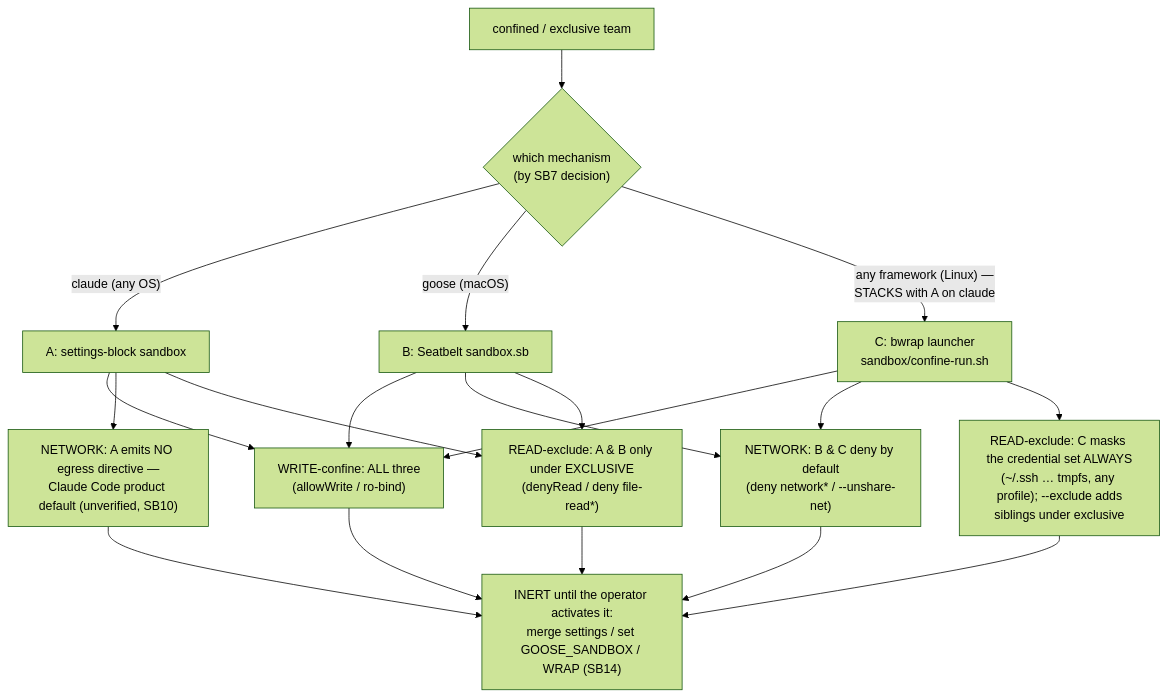
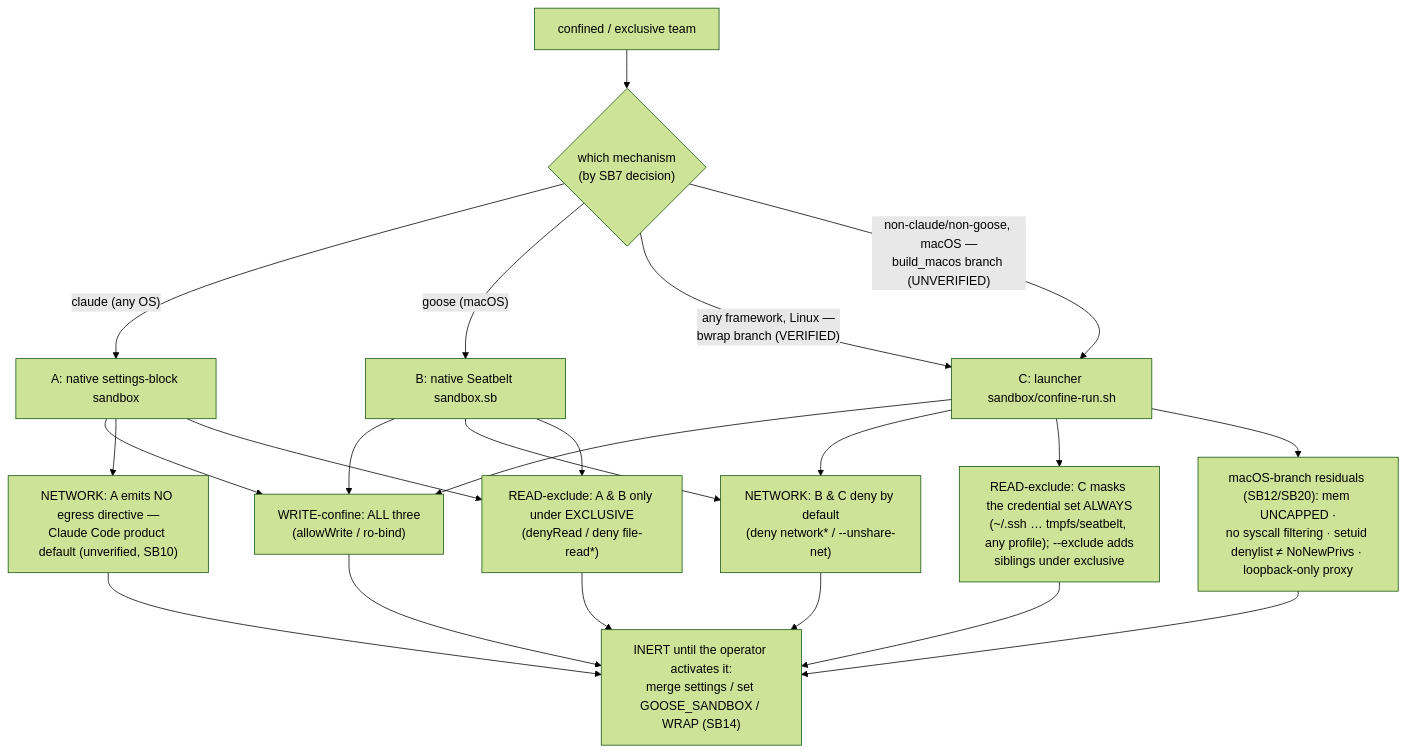
The diagram in docs_src/agentteams-sandboxing-guide/reference/part-iv-the-mechanisms.md (jlcatonjr/agentteams), drawn with Mermaid (forest theme) before and after one commit. The commit also changed other lines of this file and 16 other files, not shown here.

First line of the commit message:
docs(sandboxing): document the macOS augmentation of the confinement launcher

````diff
--- a/docs_src/agentteams-sandboxing-guide/reference/part-iv-the-mechanisms.md
+++ b/docs_src/agentteams-sandboxing-guide/reference/part-iv-the-mechanisms.md
@@ -76,21 +88,24 @@
 ```mermaid
 flowchart TD
     REQ["confined / exclusive team"] --> M{"which mechanism<br/>(by SB7 decision)"}
-    M -->|"claude (any OS)"| A["A: settings-block sandbox"]
-    M -->|"goose (macOS)"| B["B: Seatbelt sandbox.sb"]
-    M -->|"any framework (Linux) —<br/>STACKS with A on claude"| C["C: bwrap launcher<br/>sandbox/confine-run.sh"]
+    M -->|"claude (any OS)"| A["A: native settings-block sandbox"]
+    M -->|"goose (macOS)"| B["B: native Seatbelt sandbox.sb"]
+    M -->|"any framework, Linux —<br/>bwrap branch (VERIFIED)"| C["C: launcher sandbox/confine-run.sh"]
+    M -->|"non-claude/non-goose, macOS —<br/>build_macos branch (UNVERIFIED)"| C
     A --> WD["WRITE-confine: ALL three<br/>(allowWrite / ro-bind)"]
     B --> WD
     C --> WD
     A --> NA["NETWORK: A emits NO egress directive —<br/>Claude Code product default (unverified, SB10)"]
     B --> NBC["NETWORK: B & C deny by default<br/>(deny network* / --unshare-net)"]
     C --> NBC
     A --> RAB["READ-exclude: A & B only under EXCLUSIVE<br/>(denyRead / deny file-read*)"]
     B --> RAB
-    C --> RC["READ-exclude: C masks the credential set ALWAYS<br/>(~/.ssh … tmpfs, any profile); --exclude adds<br/>siblings under exclusive"]
+    C --> RC["READ-exclude: C masks the credential set ALWAYS<br/>(~/.ssh … tmpfs/seatbelt, any profile); --exclude adds<br/>siblings under exclusive"]
+    C --> MAC["macOS-branch residuals (SB12/SB20): mem UNCAPPED ·<br/>no syscall filtering · setuid denylist ≠ NoNewPrivs · loopback-only proxy"]
+    MAC --> INERT
     WD --> INERT["INERT until the operator activates it:<br/>merge settings / set GOOSE_SANDBOX / WRAP (SB14)"]
     NA --> INERT
     NBC --> INERT
     RAB --> INERT
     RC --> INERT
 ```
````
